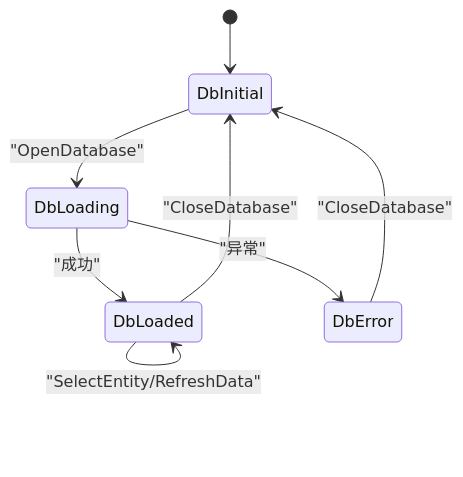
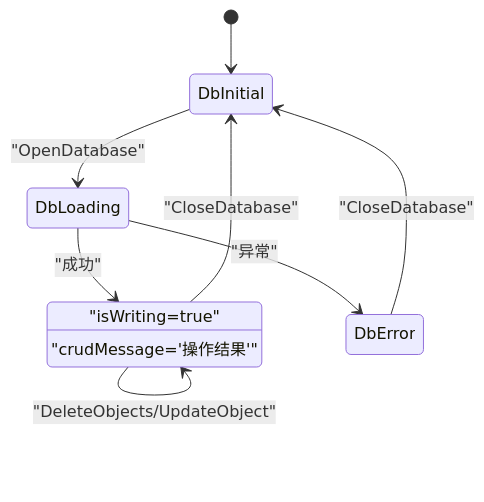
One commit to kongpf8848/objectbox_viewer changed the fifth of 6 diagrams in .qoder/repowiki/zh/content/核心功能/数据库管理.md. Above: the diagram before and after it, drawn with Mermaid. The commit also changed other lines of this file and 19 other files, not shown here.

````diff
--- a/.qoder/repowiki/zh/content/核心功能/数据库管理.md
+++ b/.qoder/repowiki/zh/content/核心功能/数据库管理.md
@@ -219,10 +358,13 @@
 ```mermaid
 stateDiagram-v2
 [*] --> DbInitial
 DbInitial --> DbLoading : "OpenDatabase"
 DbLoading --> DbLoaded : "成功"
 DbLoading --> DbError : "异常"
 DbLoaded --> DbLoaded : "SelectEntity/RefreshData"
 DbLoaded --> DbInitial : "CloseDatabase"
+DbLoaded --> DbLoaded : "DeleteObjects/UpdateObject"
+DbLoaded : "isWriting=true"
+DbLoaded : "crudMessage='操作结果'"
 DbError --> DbInitial : "CloseDatabase"
 ```
````
